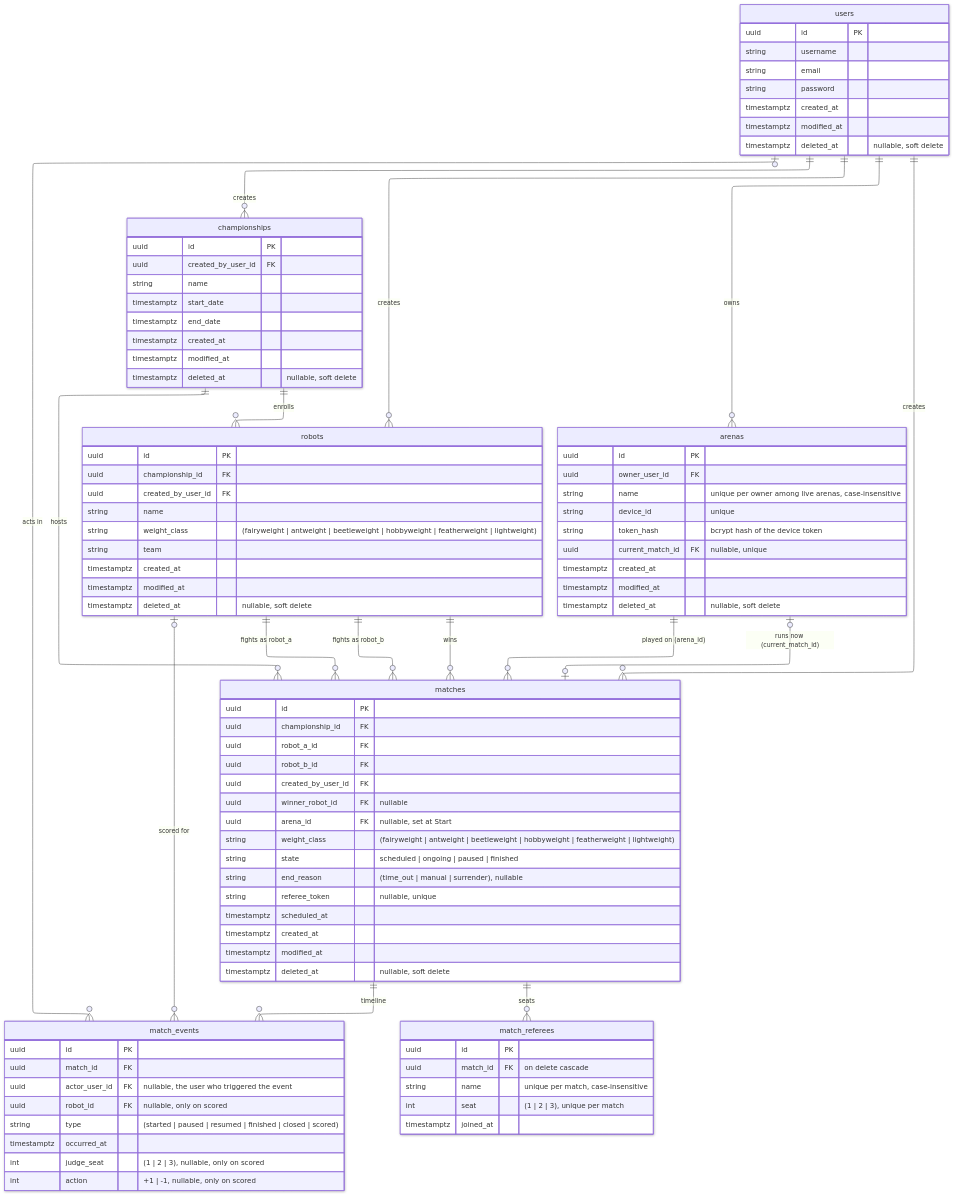
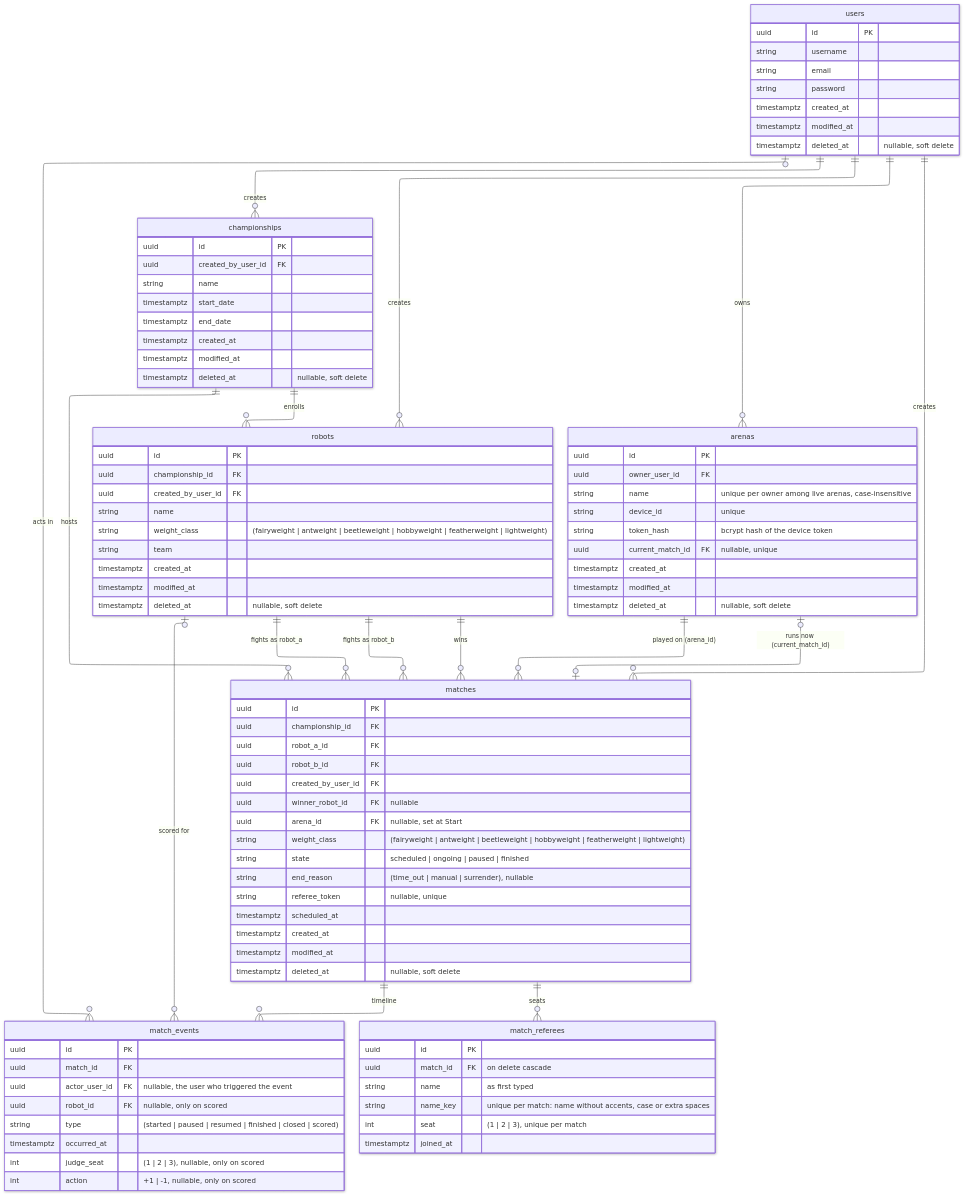
The diagram in docs/database-model.md (UTFPR-Oficinas-2/crossliseu), drawn with Mermaid before and after one commit. The commit also changed other lines of this file and 9 other files, not shown here.

First line of the commit message:
feat(api): referee names match ignoring accents (#18)

```diff
--- a/docs/database-model.md
+++ b/docs/database-model.md
@@ -119,7 +119,8 @@
   match_referees {
     uuid id PK
     uuid match_id FK "on delete cascade"
-    string name "unique per match, case-insensitive"
+    string name "as first typed"
+    string name_key "unique per match: name without accents, case or extra spaces"
     int seat "(1 | 2 | 3), unique per match"
     timestamptz joined_at
   }
```
